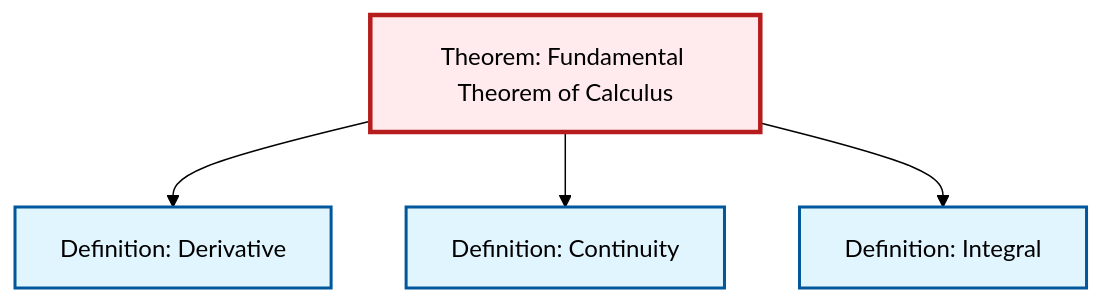
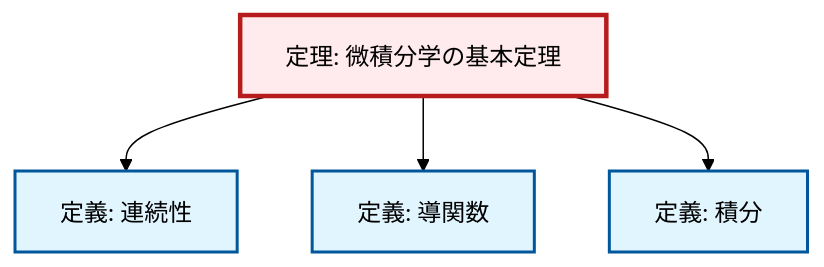
One commit to RK0429/ModernMath changed the diagram in content/ja/analysis/thm-fundamental-calculus.qmd. Above: the diagram before and after it, drawn with Mermaid (forest theme). The commit also changed 1069 other files, not shown here.

````diff
--- a/content/ja/analysis/thm-fundamental-calculus.qmd
+++ b/content/ja/analysis/thm-fundamental-calculus.qmd
@@ -142,20 +142,20 @@
 ```{mermaid}
 %%| fig-cap: "Local dependency graph"
 graph TD
     classDef definition fill:#e1f5fe,stroke:#01579b,stroke-width:2px
     classDef theorem fill:#f3e5f5,stroke:#4a148c,stroke-width:2px
     classDef axiom fill:#fff3e0,stroke:#e65100,stroke-width:2px
     classDef example fill:#e8f5e9,stroke:#1b5e20,stroke-width:2px
     classDef current fill:#ffebee,stroke:#b71c1c,stroke-width:3px
-    thm-fundamental-calculus["Theorem: Fundamental Theorem of Calculus"]:::theorem
-    def-integral["Definition: Integral"]:::definition
-    def-derivative["Definition: Derivative"]:::definition
-    def-continuity["Definition: Continuity"]:::definition
+    def-integral["定義: 積分"]:::definition
+    thm-fundamental-calculus["定理: 微積分学の基本定理"]:::theorem
+    def-derivative["定義: 導関数"]:::definition
+    def-continuity["定義: 連続性"]:::definition
+    thm-fundamental-calculus --> def-continuity
     thm-fundamental-calculus --> def-derivative
-    thm-fundamental-calculus --> def-continuity
     thm-fundamental-calculus --> def-integral
     class thm-fundamental-calculus current
-    click def-integral "def-integral.html" "Definition: Integralへ"
-    click def-derivative "def-derivative.html" "Definition: Derivativeへ"
-    click def-continuity "def-continuity.html" "Definition: Continuityへ"
+    click def-integral "def-integral.html" "積分の定義へ"
+    click def-derivative "def-derivative.html" "導関数の定義へ"
+    click def-continuity "def-continuity.html" "連続性の定義へ"
 ```
````
